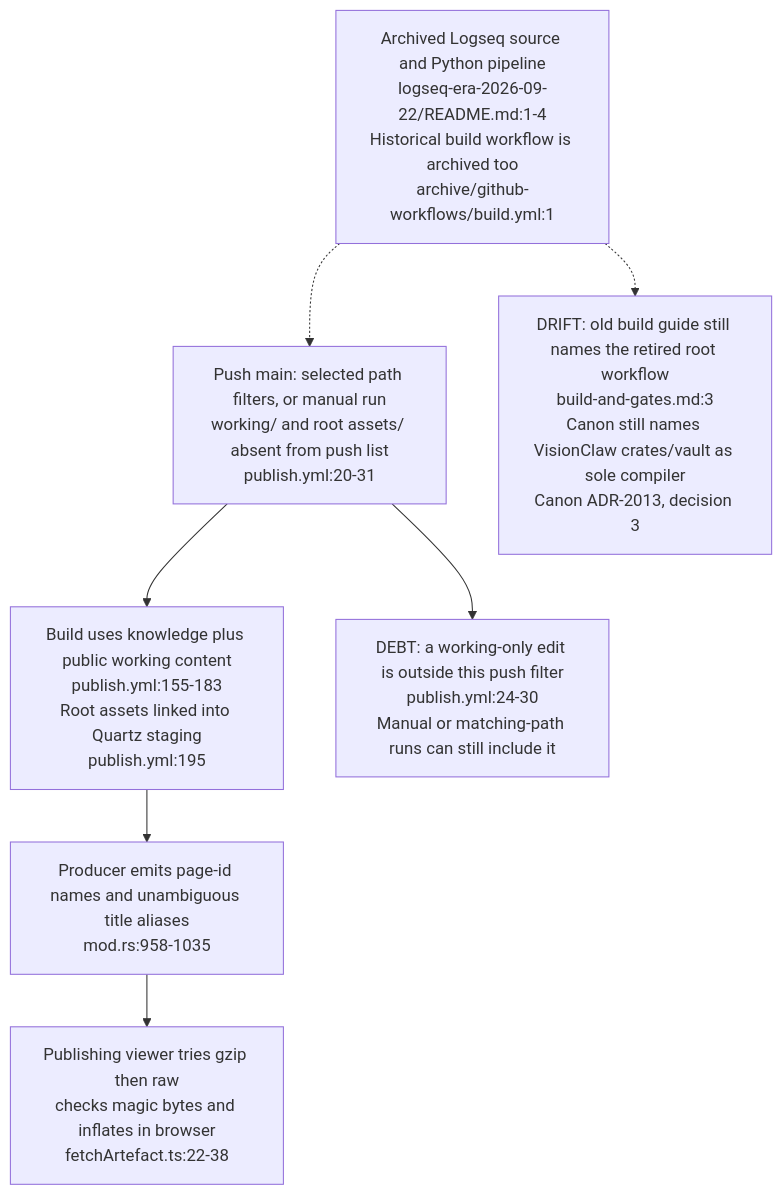
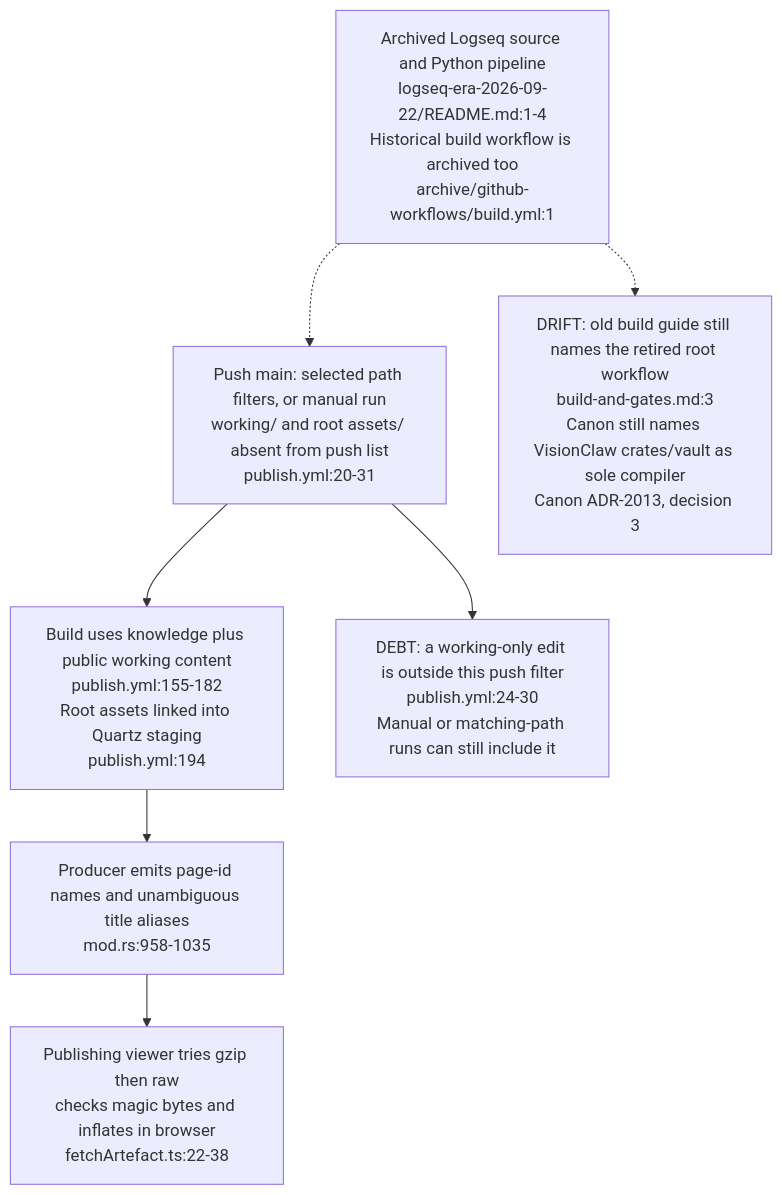
Before and after one commit to DreamLab-AI/VisionFlow: the second of 2 diagrams in docs/diagrams/knowledgegraph/05-ci-cd-and-publish.md, drawn with Mermaid. The commit also changed other lines of this file and 49 other files, not shown here.

First line of the commit message:
docs(diagrams): re-derive and re-stamp VisionClaw, estate, knowledge-graph, visionGraph, VisionFlow and sidestr topics

````diff
--- a/docs/diagrams/knowledgegraph/05-ci-cd-and-publish.md
+++ b/docs/diagrams/knowledgegraph/05-ci-cd-and-publish.md
@@ -61,14 +61,14 @@
 ```mermaid
 flowchart TB
     OLD["Archived Logseq source and Python pipeline<br/>logseq-era-2026-09-22/README.md:1-4<br/>Historical build workflow is archived too<br/>archive/github-workflows/build.yml:1"]
     TRIG["Push main: selected path filters, or manual run<br/>working/ and root assets/ absent from push list<br/>publish.yml:20-31"]
-    BUILD["Build uses knowledge plus public working content<br/>publish.yml:155-183<br/>Root assets linked into Quartz staging<br/>publish.yml:195"]
+    BUILD["Build uses knowledge plus public working content<br/>publish.yml:155-182<br/>Root assets linked into Quartz staging<br/>publish.yml:194"]
     MIRROR["Producer emits page-id names and unambiguous title aliases<br/>mod.rs:958-1035"]
     FETCH["Publishing viewer tries gzip then raw<br/>checks magic bytes and inflates in browser<br/>fetchArtefact.ts:22-38"]
     OLD -.-> TRIG --> BUILD --> MIRROR --> FETCH
     DRIFT["DRIFT: old build guide still names the retired root workflow<br/>build-and-gates.md:3<br/>Canon still names VisionClaw crates/vault as sole compiler<br/>Canon ADR-2013, decision 3"]
     %% DRIFT source: ADR-2013-sovereign-corpus-is-ecosystem-canon.md:52-58
     OLD -.-> DRIFT
     GAP["DEBT: a working-only edit is outside this push filter<br/>publish.yml:24-30<br/>Manual or matching-path runs can still include it"]
     TRIG --> GAP
 ```
````
